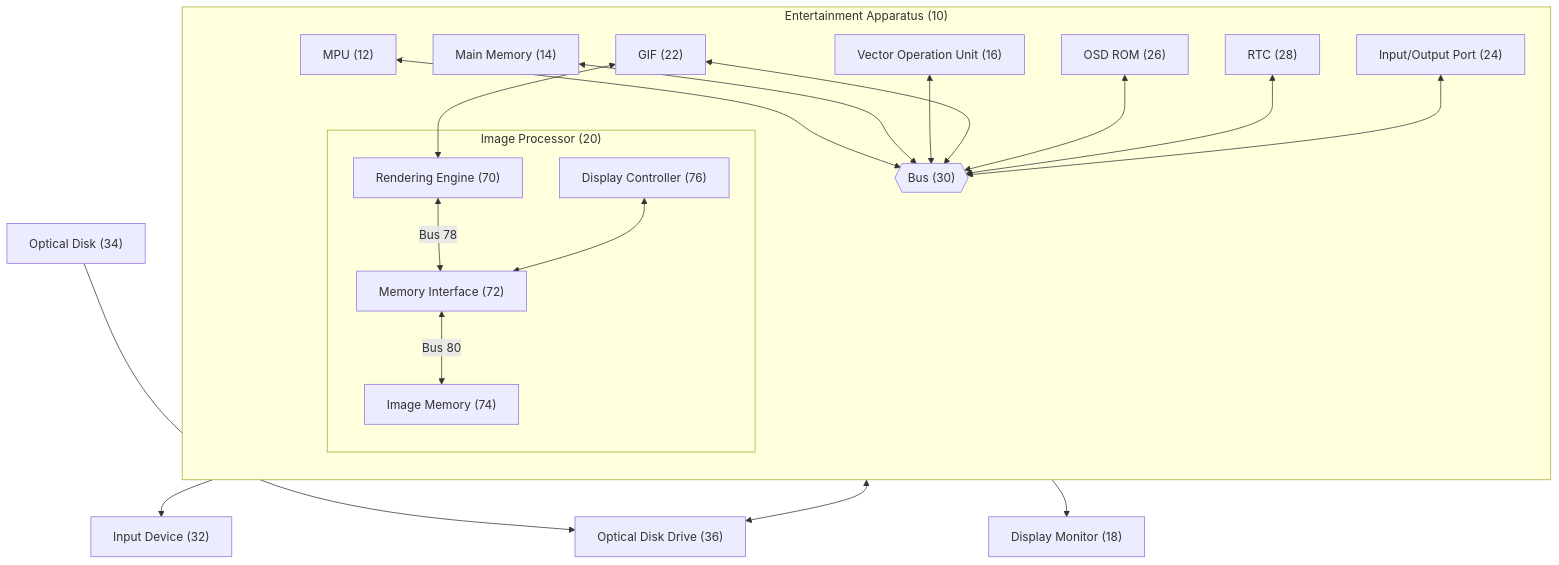
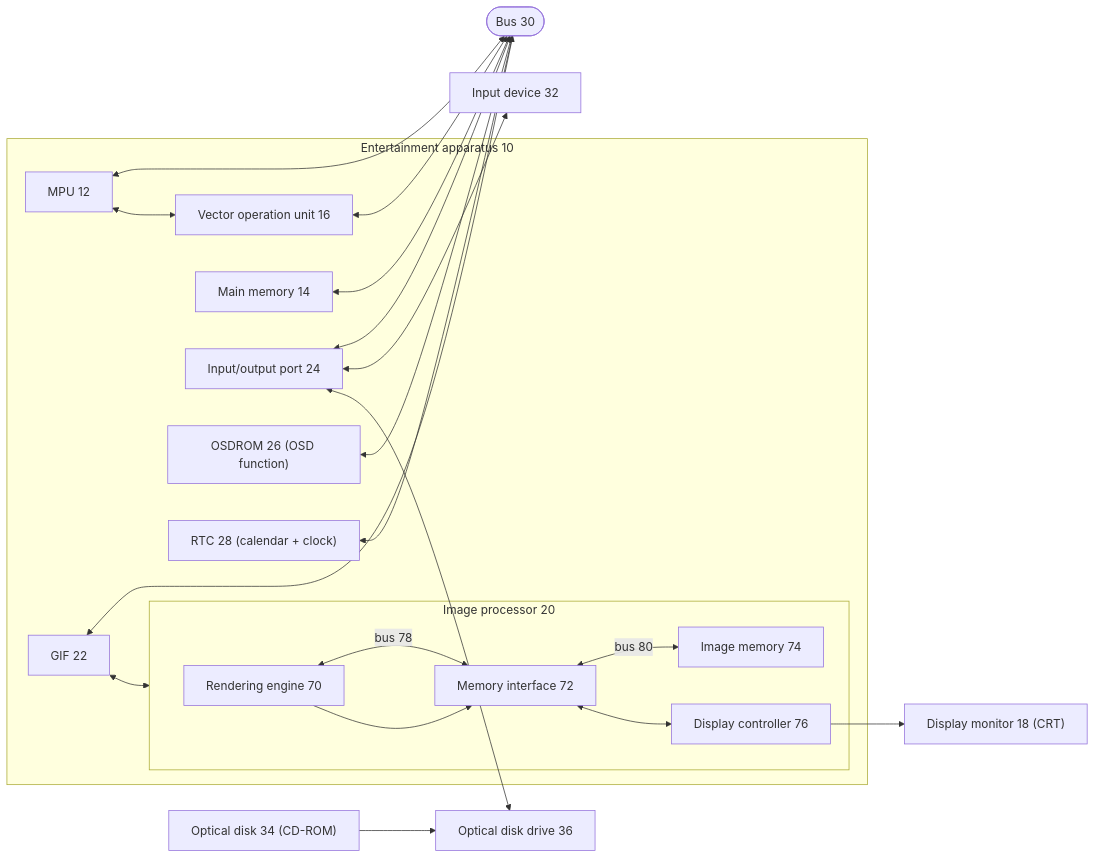
The first of 11 diagrams in docs/clock_patent/US6693606.md (JeanxPereira/CrystalClockVK), drawn with Mermaid before and after one commit. The commit also changed other lines of this file and 3 other files, not shown here.

````diff
--- a/docs/clock_patent/US6693606.md
+++ b/docs/clock_patent/US6693606.md
@@ -334,37 +94,40 @@
 ```mermaid
-graph TB
-    subgraph EA["Entertainment Apparatus (10)"]
-        direction TB
-        MPU["MPU (12)"]
-        MM["Main Memory (14)"]
-        VOU["Vector Operation Unit (16)"]
-        GIF["GIF (22)"]
-        OSDROM["OSD ROM (26)"]
-        RTC["RTC (28)"]
-        IOP["Input/Output Port (24)"]
+flowchart LR
+    subgraph SYS["Entertainment apparatus 10"]
+      MPU["MPU 12"]
+      VU["Vector operation unit 16"]
+      MM["Main memory 14"]
+      IOP["Input/output port 24"]
+      GIF["GIF 22"]
+      OSD["OSDROM 26 (OSD function)"]
+      RTC["RTC 28 (calendar + clock)"]
+      subgraph IP["Image processor 20"]
+        RE["Rendering engine 70"]
+        MI["Memory interface 72"]
+        IM["Image memory 74"]
+        DC["Display controller 76"]
+      end
+    end
+    DM["Display monitor 18 (CRT)"]
+    IDEV["Input device 32"]
+    ODD["Optical disk drive 36"]
+    DISK["Optical disk 34 (CD-ROM)"]
 
-        MPU <--> BUS{{"Bus (30)"}}
-        MM <--> BUS
-        VOU <--> BUS
-        GIF <--> BUS
-        OSDROM <--> BUS
-        RTC <--> BUS
-        IOP <--> BUS
-
-        subgraph IP["Image Processor (20)"]
-            RE["Rendering Engine (70)"]
-            MI["Memory Interface (72)"]
-            IM["Image Memory (74)"]
-            DC["Display Controller (76)"]
-            RE <--"Bus 78"--> MI
-            MI <--"Bus 80"--> IM
-            DC <--> MI
-        end
-        GIF <--> RE
-    end
-
-    IOP --> ID["Input Device (32)"]
-    IOP <--> ODD["Optical Disk Drive (36)"]
-    OD["Optical Disk (34)"] --> ODD
-    DC --> DM["Display Monitor (18)"]
+    MPU <--> BUS(["Bus 30"])
+    VU <--> BUS
+    MM <--> BUS
+    IOP <--> BUS
+    GIF <--> BUS
+    OSD <--> BUS
+    RTC <--> BUS
+    MPU <--> VU
+    GIF <--> IP
+    RE <-->|"bus 78"| MI
+    MI <-->|"bus 80"| IM
+    RE --> MI
+    MI <--> DC
+    DC --> DM
+    IOP <--> IDEV
+    IOP <--> ODD
+    DISK --> ODD
 ```
````
